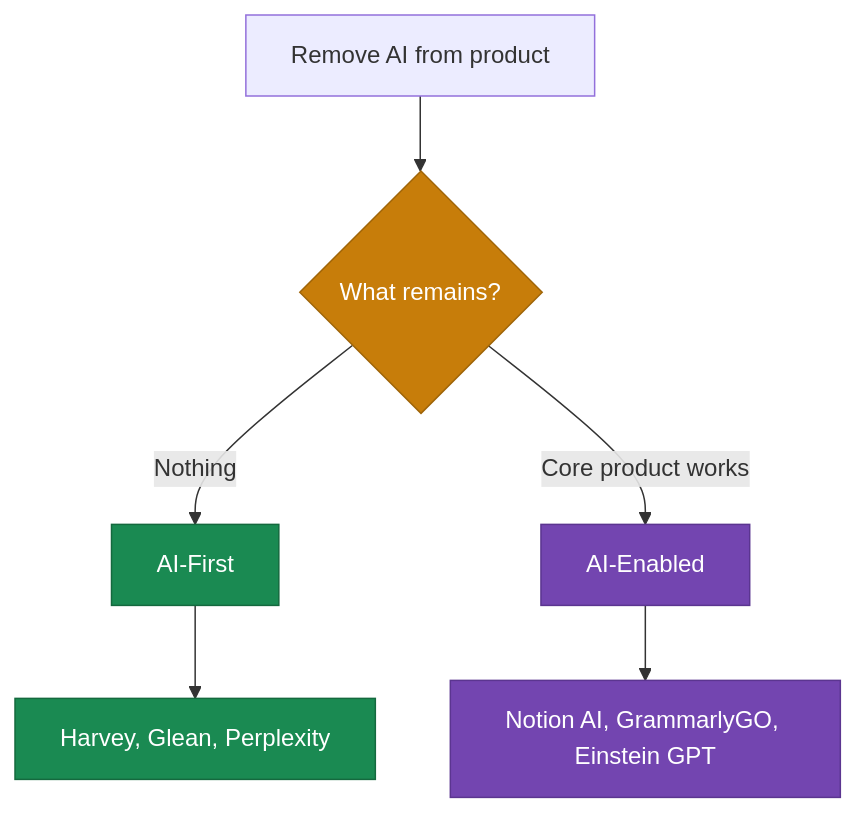
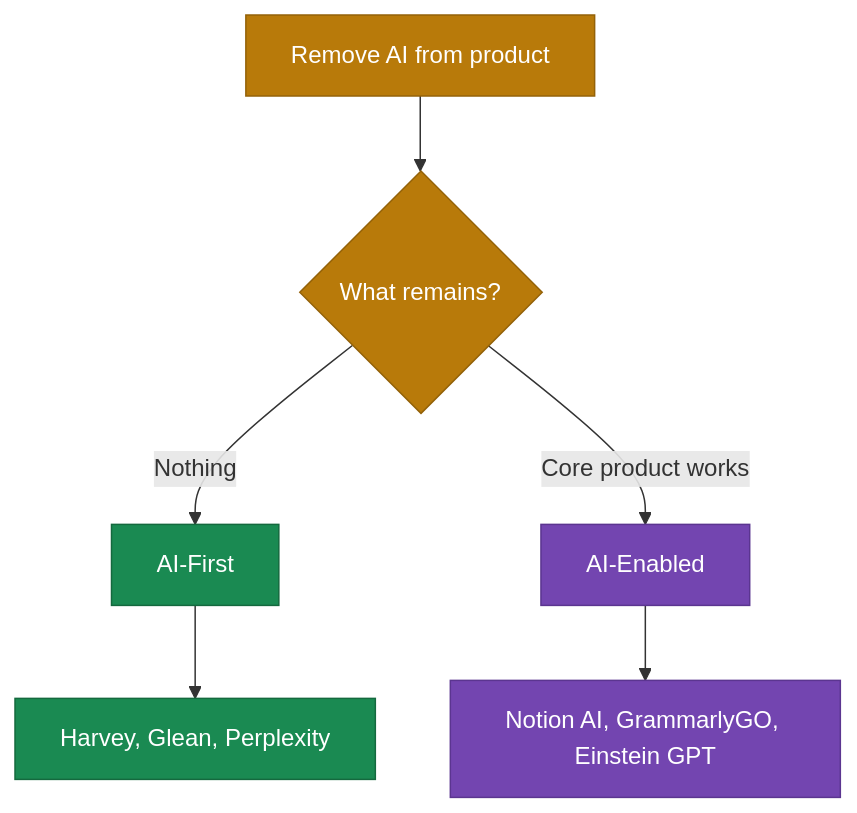
The diagram in book/part-1-foundations/01-the-ai-first-imperative/02-ai-first-vs-ai-enabled.md (saurav-yirifi/blueprint-ai-first-company), drawn with Mermaid before and after one commit. The commit also changed 74 other files, not shown here.

First line of the commit message:
Standardize Mermaid diagrams: dual-mode colors, style directives, and line breaks

````diff
--- a/book/part-1-foundations/01-the-ai-first-imperative/02-ai-first-vs-ai-enabled.md
+++ b/book/part-1-foundations/01-the-ai-first-imperative/02-ai-first-vs-ai-enabled.md
@@ -17,14 +17,15 @@
 ```mermaid
 flowchart TD
     A[Remove AI from product] --> B{What remains?}
     B -->|Nothing| C[AI-First]
     B -->|Core product works| D[AI-Enabled]
     C --> E[Harvey, Glean, Perplexity]
     D --> F[Notion AI, GrammarlyGO, Einstein GPT]
 
-    style B fill:#c77d0a,color:#fff,stroke:#a06508
+    style A fill:#b87a0a,color:#fff,stroke:#946208
+    style B fill:#b87a0a,color:#fff,stroke:#946208
     style C fill:#1a8a52,color:#fff,stroke:#14693e
     style D fill:#7345b0,color:#fff,stroke:#5b3590
     style E fill:#1a8a52,color:#fff,stroke:#14693e
     style F fill:#7345b0,color:#fff,stroke:#5b3590
 ```
````
